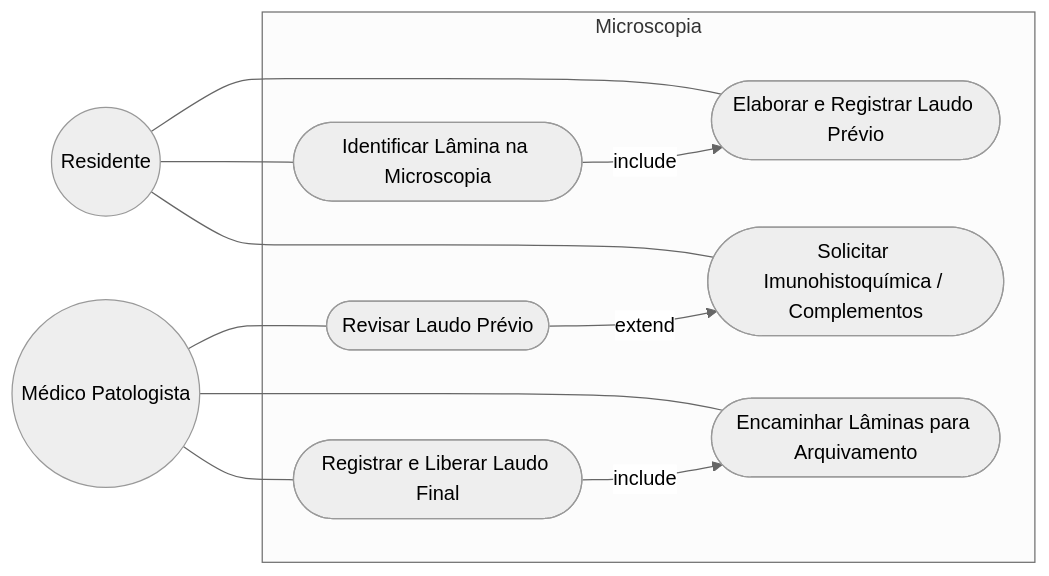
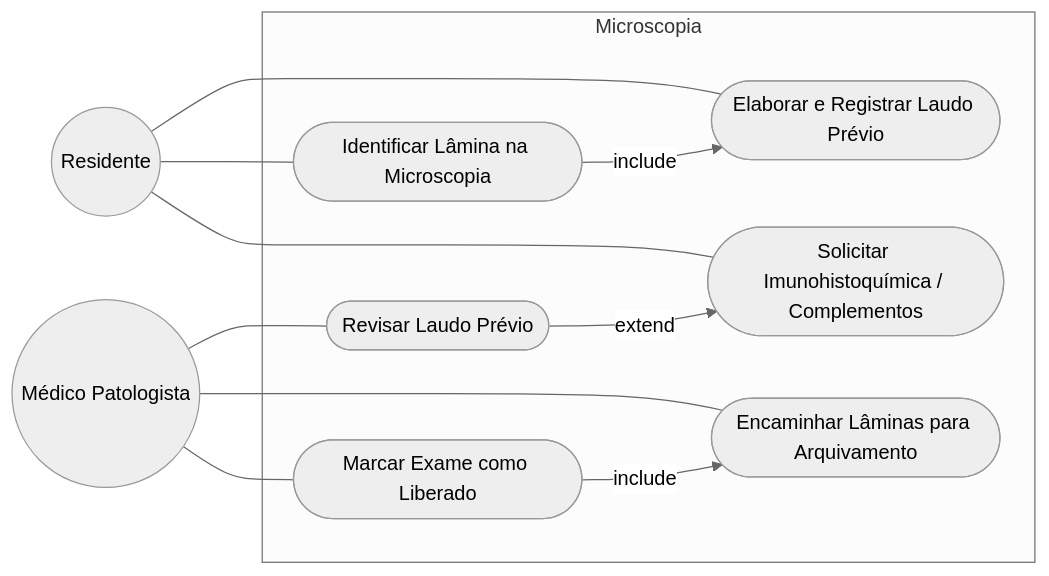
The fifth of 6 diagrams in docs/project/docs/03.casos-de-uso.md (HCUFPE/Framework-SETISD-HC-UFPE), drawn with Mermaid (neutral theme) before and after one commit. The commit also changed other lines of this file and 3 other files, not shown here.

````diff
--- a/docs/project/docs/03.casos-de-uso.md
+++ b/docs/project/docs/03.casos-de-uso.md
@@ -118,25 +118,25 @@
 ```mermaid
 flowchart LR
     RES((Residente))
     MED((Médico Patologista))
 
     subgraph "Microscopia"
         UC020([Identificar Lâmina na Microscopia])
         UC021([Elaborar e Registrar Laudo Prévio])
         UC022([Revisar Laudo Prévio])
         UC023([Solicitar Imunohistoquímica / Complementos])
-        UC024([Registrar e Liberar Laudo Final])
+        UC024([Marcar Exame como Liberado])
         UC025([Encaminhar Lâminas para Arquivamento])
     end
 
     RES --- UC020
     RES --- UC021
     RES --- UC023
     MED --- UC022
     MED --- UC024
     MED --- UC025
 
     UC020 -->|include| UC021
     UC022 -->|extend| UC023
     UC024 -->|include| UC025
 ```
````
